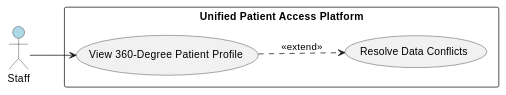
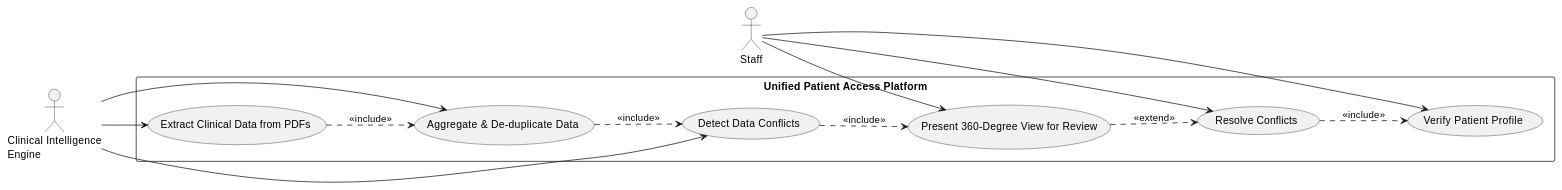
One commit to divya-bharathi-24/Propel-IQ-Patient-Platform changed the eighth of 12 diagrams in .propel/context/docs/spec.md. Above: the diagram before and after it, drawn with PlantUML. The commit also changed other lines of this file and 60 other files, not shown here.

````diff
--- a/.propel/context/docs/spec.md
+++ b/.propel/context/docs/spec.md
@@ -643,16 +597,30 @@
 ```plantuml
-@startuml
+@startuml UC-008-360-Degree-View
 left to right direction
 skinparam packageStyle rectangle
 
-actor Staff #LightBlue
+actor Staff
+actor "Clinical Intelligence\nEngine" as AIEngine
 
 rectangle "Unified Patient Access Platform" {
-  usecase "View 360-Degree Patient Profile" as UC13
-  usecase "Resolve Data Conflicts" as UC14
+  usecase "Extract Clinical Data from PDFs" as UC008_EXTRACT
+  usecase "Aggregate & De-duplicate Data" as UC008_AGGREGATE
+  usecase "Detect Data Conflicts" as UC008_CONFLICT
+  usecase "Present 360-Degree View for Review" as UC008_PRESENT
+  usecase "Resolve Conflicts" as UC008_RESOLVE
+  usecase "Verify Patient Profile" as UC008_VERIFY
 }
 
-Staff --> UC13
-UC13 ..> UC14 : <<extend>>
+AIEngine --> UC008_EXTRACT
+AIEngine --> UC008_AGGREGATE
+AIEngine --> UC008_CONFLICT
+Staff --> UC008_PRESENT
+Staff --> UC008_RESOLVE
+Staff --> UC008_VERIFY
+UC008_EXTRACT ..> UC008_AGGREGATE : <<include>>
+UC008_AGGREGATE ..> UC008_CONFLICT : <<include>>
+UC008_CONFLICT ..> UC008_PRESENT : <<include>>
+UC008_PRESENT ..> UC008_RESOLVE : <<extend>>
+UC008_RESOLVE ..> UC008_VERIFY : <<include>>
 @enduml
 ```
````
